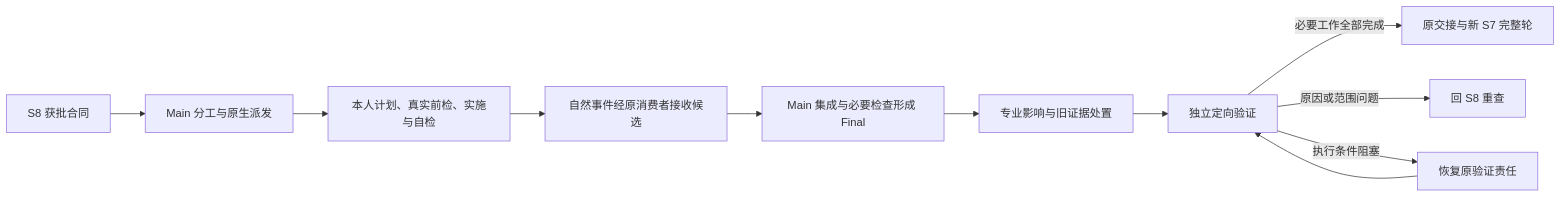
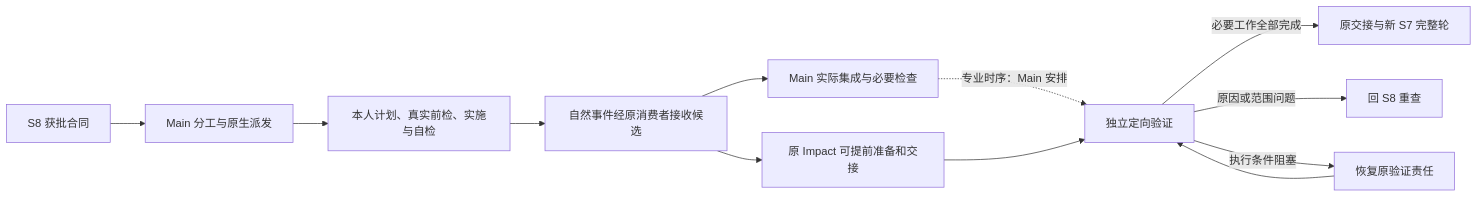
Before and after one commit to entroforge/go-system-builder: the diagram in blueprint/l3-stages/L3-S9-repair.md, drawn with Mermaid. The commit also changed other lines of this file and 1694 other files, not shown here.

````diff
--- a/blueprint/l3-stages/L3-S9-repair.md
+++ b/blueprint/l3-stages/L3-S9-repair.md
@@ -15,13 +17,14 @@
 ```mermaid
 flowchart LR
     CONTRACT["S8 获批合同"] --> DIVIDE["Main 分工与原生派发"]
     DIVIDE --> BUILD["本人计划、真实前检、实施与自检"]
     BUILD --> CANDIDATE["自然事件经原消费者接收候选"]
-    CANDIDATE --> FINAL["Main 集成与必要检查形成 Final"]
-    FINAL --> IMPACT["专业影响与旧证据处置"]
-    IMPACT --> TARGET["独立定向验证"]
+    CANDIDATE --> WORK["Main 实际集成与必要检查"]
+    CANDIDATE --> IMPACT["原 Impact 可提前准备和交接"]
+    WORK -. "专业时序：Main 安排" .-> TARGET["独立定向验证"]
+    IMPACT --> TARGET
     TARGET -->|"必要工作全部完成"| HANDOFF["原交接与新 S7 完整轮"]
     TARGET -->|"原因或范围问题"| INVESTIGATE["回 S8 重查"]
     TARGET -->|"执行条件阻塞"| RECOVER["恢复原验证责任"]
     RECOVER --> TARGET
 ```
````
